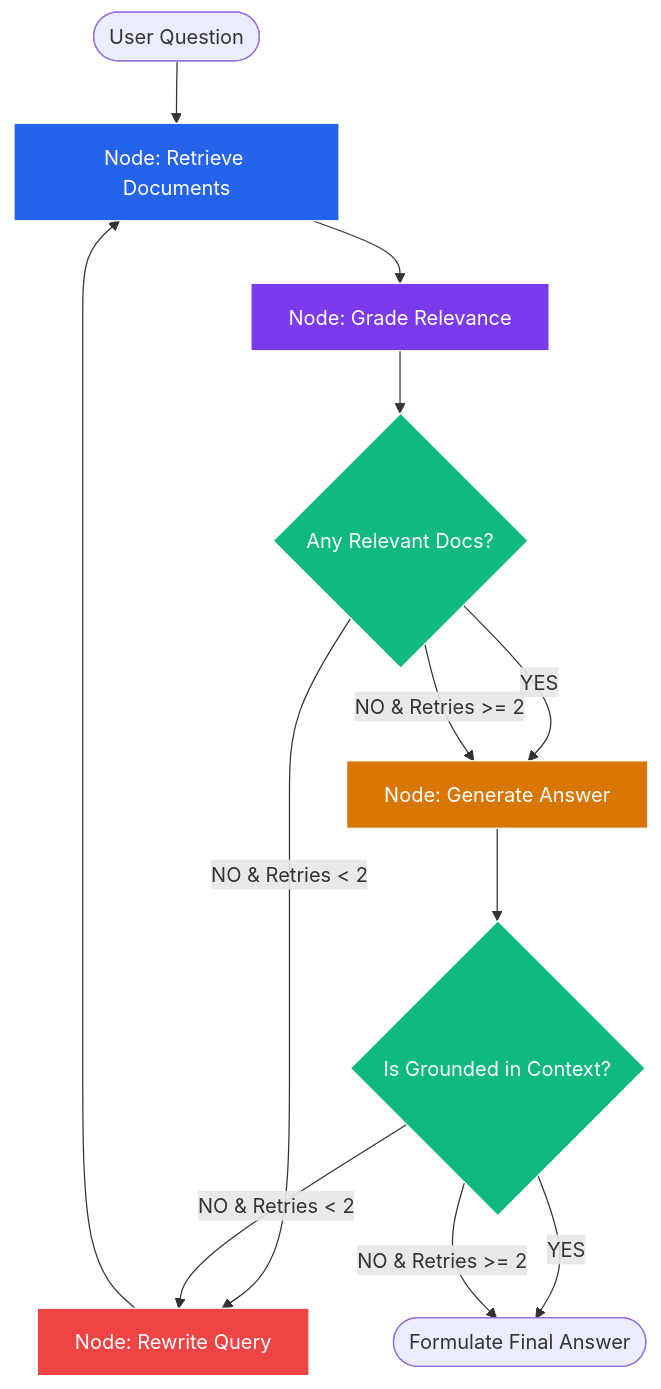
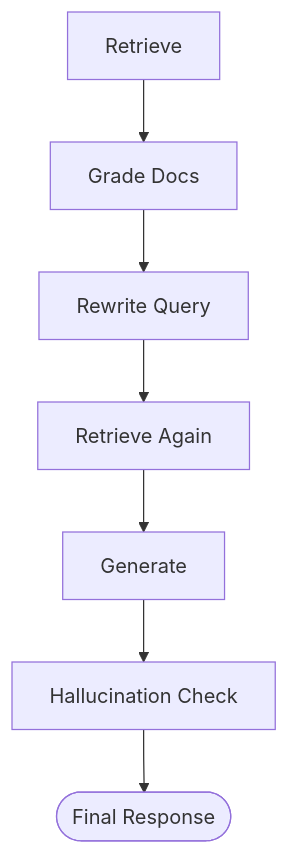
Before and after one commit to mohd-faizy/RAG-Design-Patterns: the diagram in 13_Self_RAG/README.md, drawn with Mermaid. The commit also changed 3 other files, not shown here.

Commit message:
update readme diagrams

````diff
--- a/13_Self_RAG/README.md
+++ b/13_Self_RAG/README.md
@@ -20,24 +20,9 @@
 ```mermaid
 graph TD
-    Start([User Question]) --> Retrieve[Node: Retrieve Documents]
-    Retrieve --> Grade[Node: Grade Relevance]
-    
-    Grade --> Decide{Any Relevant Docs?}
-    Decide -- NO & Retries < 2 --> Rewrite[Node: Rewrite Query]
-    Rewrite --> Retrieve
-    
-    Decide -- YES --> Generate[Node: Generate Answer]
-    Decide -- NO & Retries >= 2 --> Generate
-    
-    Generate --> Verify{Is Grounded in Context?}
-    Verify -- NO & Retries < 2 --> Rewrite
-    Verify -- YES --> End([Formulate Final Answer])
-    Verify -- NO & Retries >= 2 --> End
-
-    style Retrieve fill:#2563EB,stroke:#fff,color:#fff
-    style Grade fill:#7C3AED,stroke:#fff,color:#fff
-    style Decide fill:#10B981,stroke:#fff,color:#fff
-    style Rewrite fill:#EF4444,stroke:#fff,color:#fff
-    style Generate fill:#D97706,stroke:#fff,color:#fff
-    style Verify fill:#10B981,stroke:#fff,color:#fff
+    Retrieve[Retrieve] --> Grade[Grade Docs]
+    Grade --> Rewrite[Rewrite Query]
+    Rewrite --> RetrieveAgain[Retrieve Again]
+    RetrieveAgain --> Generate[Generate]
+    Generate --> Verify[Hallucination Check]
+    Verify --> FinalResponse([Final Response])
 ```
````
